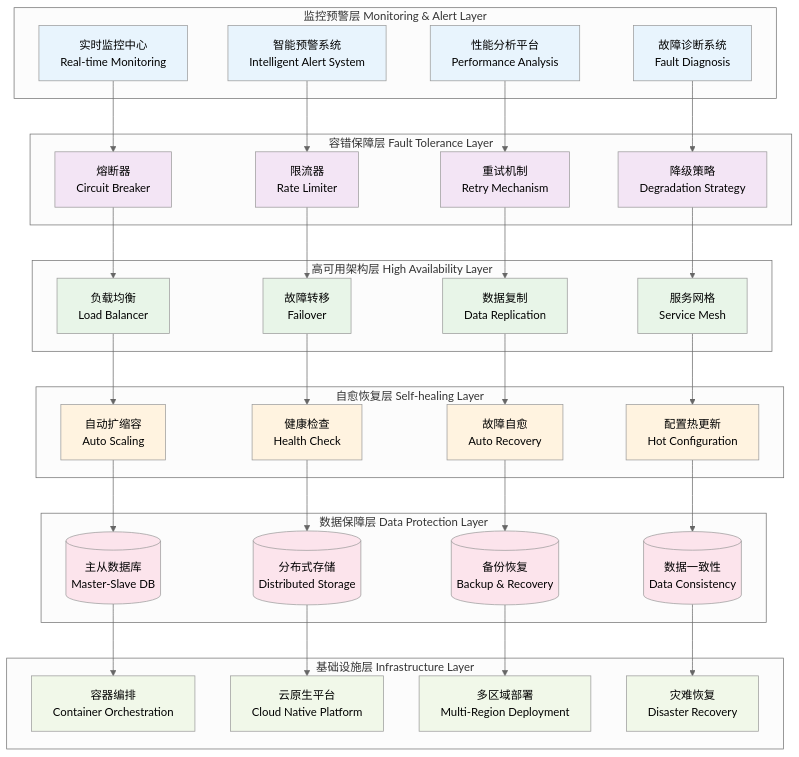
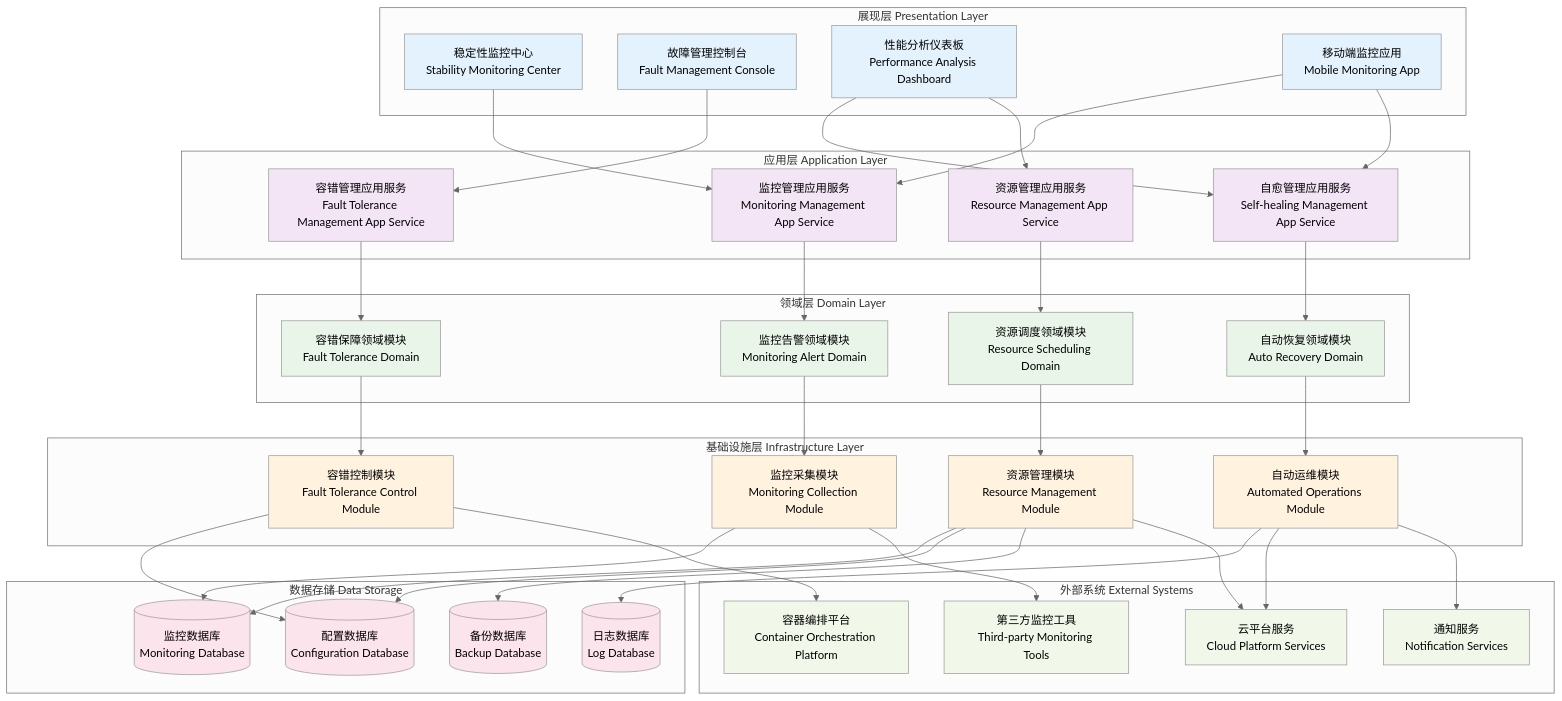
One commit to xsl625/- changed the diagram in 24.2.8_stability_improvement_architecture.md. Above: the diagram before and after it, drawn with Mermaid (neutral theme). The commit also changed other lines of this file and 6 other files, not shown here.

Commit message:
Refactor architecture diagrams with modular layered design approach

````diff
--- a/24.2.8_stability_improvement_architecture.md
+++ b/24.2.8_stability_improvement_architecture.md
@@ -8,94 +8,105 @@
 ```mermaid
 graph TB
-    subgraph "监控预警层 Monitoring & Alert Layer"
-        A[实时监控中心<br/>Real-time Monitoring]
-        B[智能预警系统<br/>Intelligent Alert System]
-        C[性能分析平台<br/>Performance Analysis]
-        D[故障诊断系统<br/>Fault Diagnosis]
+    subgraph "展现层 Presentation Layer"
+        A[稳定性监控中心<br/>Stability Monitoring Center]
+        B[故障管理控制台<br/>Fault Management Console]
+        C[性能分析仪表板<br/>Performance Analysis Dashboard]
+        D[移动端监控应用<br/>Mobile Monitoring App]
     end
     
-    subgraph "容错保障层 Fault Tolerance Layer"
-        E[熔断器<br/>Circuit Breaker]
-        F[限流器<br/>Rate Limiter]
-        G[重试机制<br/>Retry Mechanism]
-        H[降级策略<br/>Degradation Strategy]
+    subgraph "应用层 Application Layer"
+        E[监控管理应用服务<br/>Monitoring Management App Service]
+        F[容错管理应用服务<br/>Fault Tolerance Management App Service]
+        G[自愈管理应用服务<br/>Self-healing Management App Service]
+        H[资源管理应用服务<br/>Resource Management App Service]
     end
     
-    subgraph "高可用架构层 High Availability Layer"
-        I[负载均衡<br/>Load Balancer]
-        J[故障转移<br/>Failover]
-        K[数据复制<br/>Data Replication]
-        L[服务网格<br/>Service Mesh]
-    end
-    
-    subgraph "自愈恢复层 Self-healing Layer"
-        M[自动扩缩容<br/>Auto Scaling]
-        N[健康检查<br/>Health Check]
-        O[故障自愈<br/>Auto Recovery]
-        P[配置热更新<br/>Hot Configuration]
-    end
-    
-    subgraph "数据保障层 Data Protection Layer"
-        Q[(主从数据库<br/>Master-Slave DB)]
-        R[(分布式存储<br/>Distributed Storage)]
-        S[(备份恢复<br/>Backup & Recovery)]
-        T[(数据一致性<br/>Data Consistency)]
+    subgraph "领域层 Domain Layer"
+        I[监控告警领域模块<br/>Monitoring Alert Domain]
+        J[容错保障领域模块<br/>Fault Tolerance Domain]
+        K[自动恢复领域模块<br/>Auto Recovery Domain]
+        L[资源调度领域模块<br/>Resource Scheduling Domain]
     end
     
     subgraph "基础设施层 Infrastructure Layer"
-        U[容器编排<br/>Container Orchestration]
-        V[云原生平台<br/>Cloud Native Platform]
-        W[多区域部署<br/>Multi-Region Deployment]
-        X[灾难恢复<br/>Disaster Recovery]
+        M[监控采集模块<br/>Monitoring Collection Module]
+        N[容错控制模块<br/>Fault Tolerance Control Module]
+        O[自动运维模块<br/>Automated Operations Module]
+        P[资源管理模块<br/>Resource Management Module]
     end
     
+    subgraph "数据存储 Data Storage"
+        Q[(监控数据库<br/>Monitoring Database)]
+        R[(配置数据库<br/>Configuration Database)]
+        S[(日志数据库<br/>Log Database)]
+        T[(备份数据库<br/>Backup Database)]
+    end
+    
+    subgraph "外部系统 External Systems"
+        U[云平台服务<br/>Cloud Platform Services]
+        V[容器编排平台<br/>Container Orchestration Platform]
+        W[通知服务<br/>Notification Services]
+        X[第三方监控工具<br/>Third-party Monitoring Tools]
+    end
+    
+    %% 展现层到应用层
     A --> E
     B --> F
     C --> G
-    D --> H
+    C --> H
+    D --> E
+    D --> G
     
+    %% 应用层到领域层
     E --> I
     F --> J
     G --> K
     H --> L
     
+    %% 领域层到基础设施层
     I --> M
     J --> N
     K --> O
     L --> P
     
+    %% 基础设施层到数据存储
     M --> Q
     N --> R
     O --> S
+    P --> Q
+    P --> R
     P --> T
     
-    Q --> U
-    R --> V
-    S --> W
-    T --> X
+    %% 基础设施层到外部系统
+    M --> X
+    N --> V
+    O --> U
+    O --> W
+    P --> U
     
-    style A fill:#e8f4fd
-    style B fill:#e8f4fd
-    style C fill:#e8f4fd
-    style D fill:#e8f4fd
-    style E fill:#f3e5f5
-    style F fill:#f3e5f5
-    style G fill:#f3e5f5
-    style H fill:#f3e5f5
-    style I fill:#e8f5e8
-    style J fill:#e8f5e8
-    style K fill:#e8f5e8
-    style L fill:#e8f5e8
-    style M fill:#fff3e0
-    style N fill:#fff3e0
-    style O fill:#fff3e0
-    style P fill:#fff3e0
-    style Q fill:#fce4ec
-    style R fill:#fce4ec
-    style S fill:#fce4ec
-    style T fill:#fce4ec
-    style U fill:#f1f8e9
-    style V fill:#f1f8e9
-    style W fill:#f1f8e9
-    style X fill:#f1f8e9
+    %% 样式定义
+    style A fill:#E3F2FD
+    style B fill:#E3F2FD
+    style C fill:#E3F2FD
+    style D fill:#E3F2FD
+    style E fill:#F3E5F5
+    style F fill:#F3E5F5
+    style G fill:#F3E5F5
+    style H fill:#F3E5F5
+    style I fill:#E8F5E8
+    style J fill:#E8F5E8
+    style K fill:#E8F5E8
+    style L fill:#E8F5E8
+    style M fill:#FFF3E0
+    style N fill:#FFF3E0
+    style O fill:#FFF3E0
+    style P fill:#FFF3E0
+    style Q fill:#FCE4EC
+    style R fill:#FCE4EC
+    style S fill:#FCE4EC
+    style T fill:#FCE4EC
+    style U fill:#F1F8E9
+    style V fill:#F1F8E9
+    style W fill:#F1F8E9
+    style X fill:#F1F8E9
 ```
````
